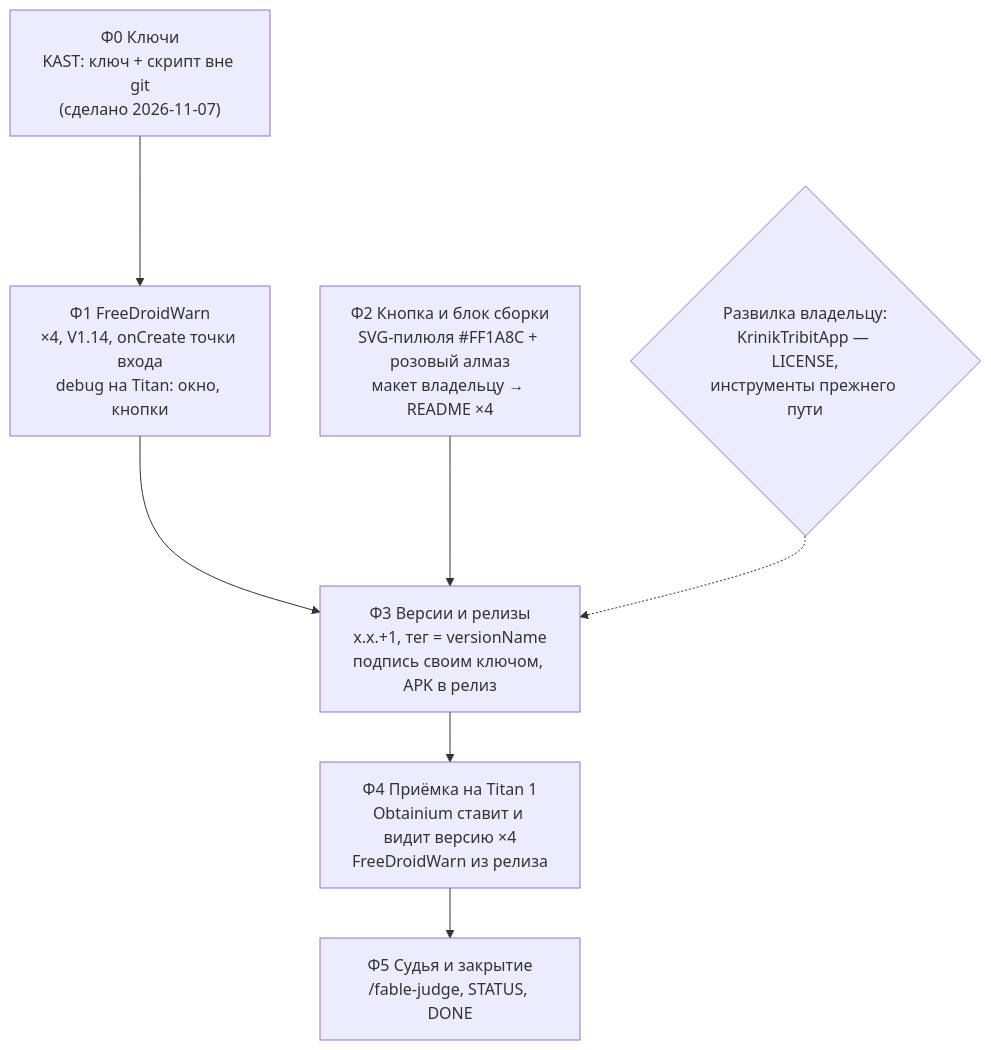
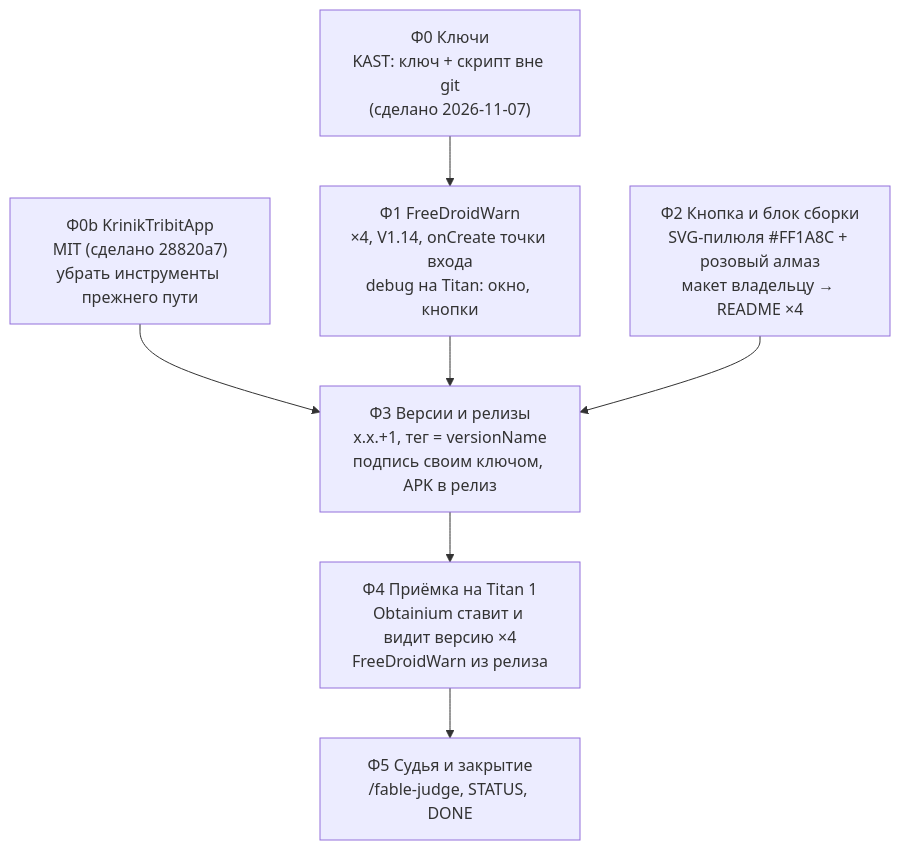
One commit to MikalaiKryvusha/KAST changed the diagram in plans/13_EPIC_distribution_freedom.md. Above: the diagram before and after it, drawn with Mermaid. The commit also changed other lines of this file and 1 other file, not shown here.

Commit message:
docs(plans): 13 - owner decisions: Obtainium only, KrinikTribitApp MIT (done) and phase F0b removing the old patch-path tools

````diff
--- a/plans/13_EPIC_distribution_freedom.md
+++ b/plans/13_EPIC_distribution_freedom.md
@@ -27,10 +27,10 @@
 ```mermaid
 flowchart TD
   F0["Ф0 Ключи<br/>KAST: ключ + скрипт вне git<br/>(сделано 2026-11-07)"] --> F1
+  F0b["Ф0b KrinikTribitApp<br/>MIT (сделано 28820a7)<br/>убрать инструменты прежнего пути"] --> F3
   F1["Ф1 FreeDroidWarn<br/>×4, V1.14, onCreate точки входа<br/>debug на Titan: окно, кнопки"] --> F3
   F2["Ф2 Кнопка и блок сборки<br/>SVG-пилюля #FF1A8C + розовый алмаз<br/>макет владельцу → README ×4"] --> F3
   F3["Ф3 Версии и релизы<br/>x.x.+1, тег = versionName<br/>подпись своим ключом, APK в релиз"] --> F4
   F4["Ф4 Приёмка на Titan 1<br/>Obtainium ставит и видит версию ×4<br/>FreeDroidWarn из релиза"] --> F5
   F5["Ф5 Судья и закрытие<br/>/fable-judge, STATUS, DONE"]
-  Q{"Развилка владельцу:<br/>KrinikTribitApp — LICENSE,<br/>инструменты прежнего пути"} -.-> F3
 ```
````
